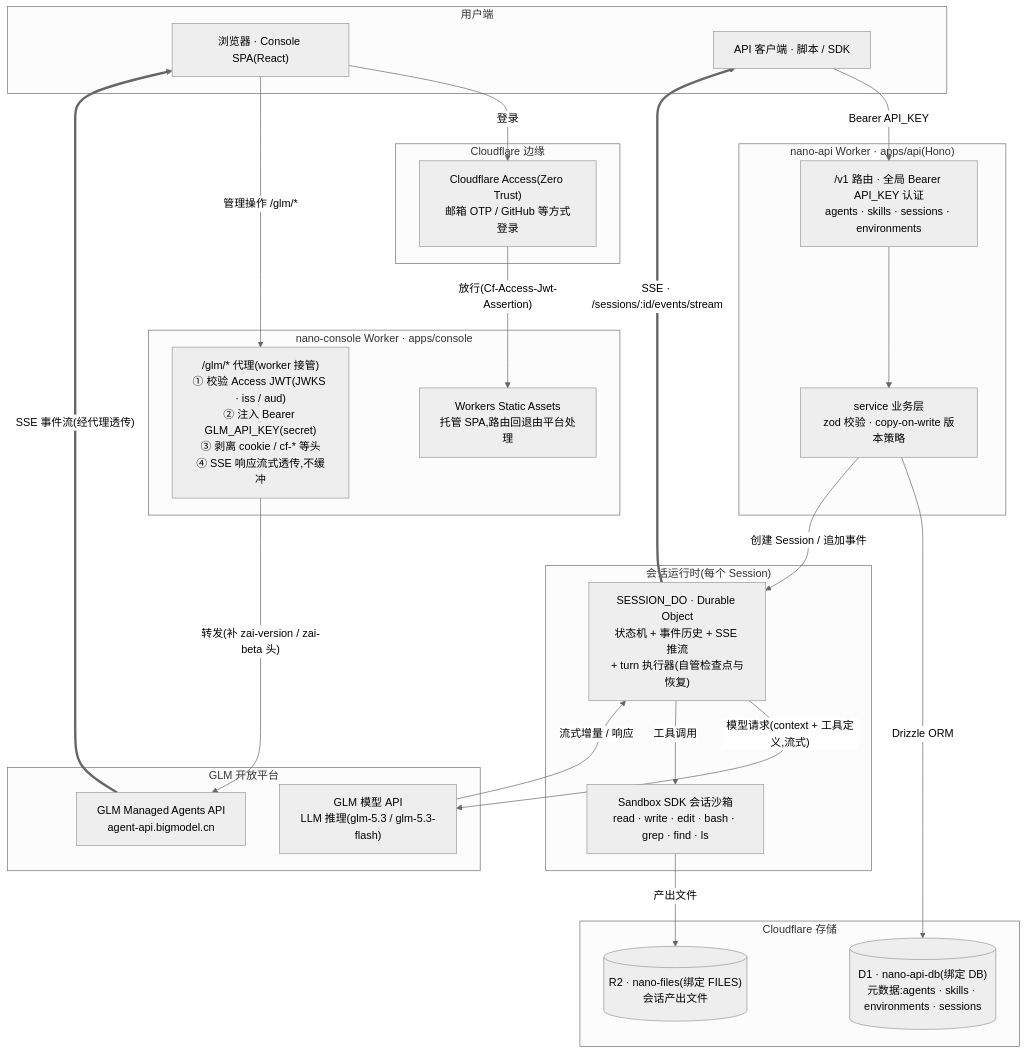
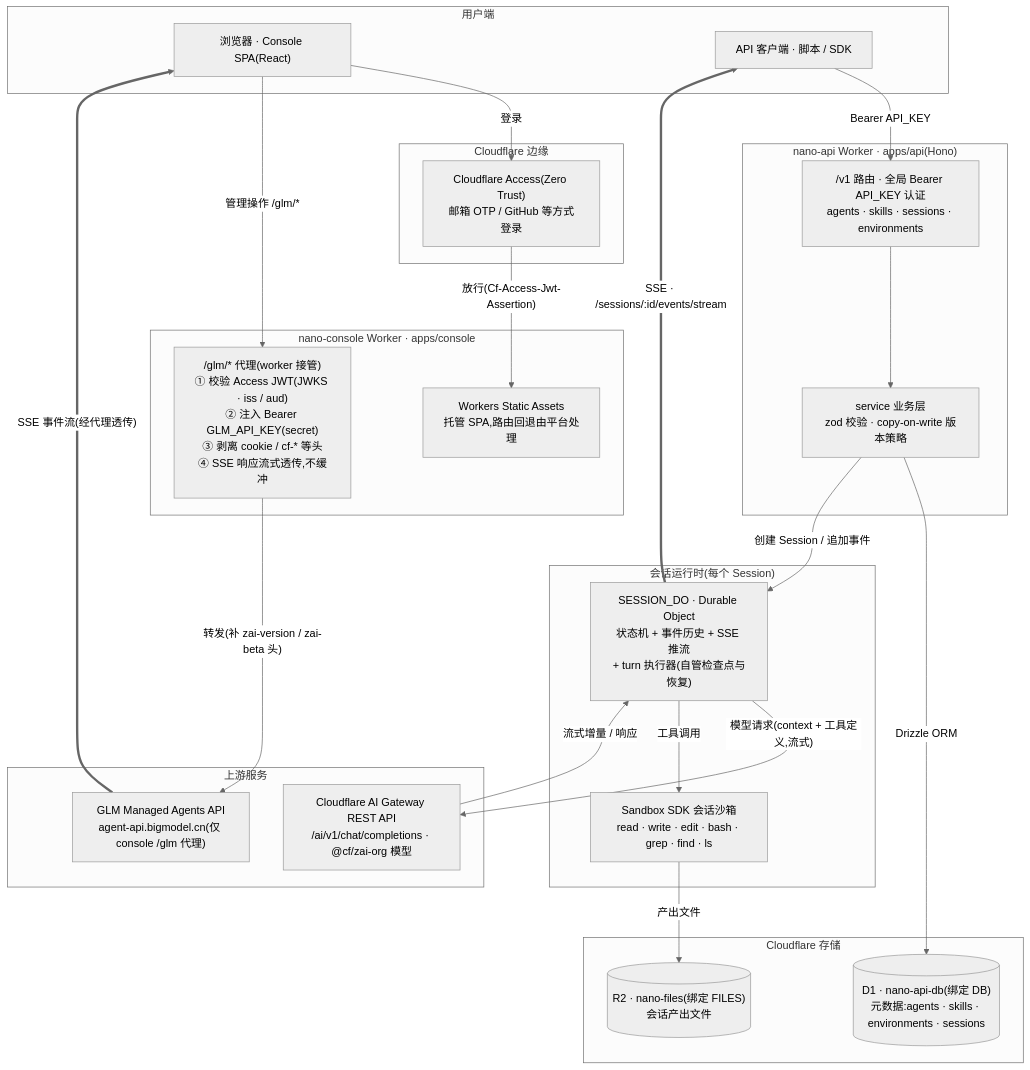
One commit to lgorthm/nano-managed-agent changed the first of 3 diagrams in docs/architecture-diagrams.md. Above: the diagram before and after it, drawn with Mermaid (neutral theme). The commit also changed other lines of this file and 30 other files, not shown here.

Commit message:
feat(api): 模型服务迁移 Cloudflare AI Gateway,新增模型目录(/v1/models)与 console 模型选择:静态目录 glm-5.3/-flash 映射 @cf/zai-org wire 名称,目录外 id 透传;凭据改 CLOUDFLARE_API_TOKEN(secret)+ACCOUNT_ID/GATEWAY_ID(deploy.sh 回填),动态目录合并 Workers AI Models API(失败静默降级);deploy.sh / README / docs 同步

````diff
--- a/docs/architecture-diagrams.md
+++ b/docs/architecture-diagrams.md
@@ -15,52 +15,52 @@
 ```mermaid
 flowchart TB
     subgraph USER["用户端"]
         BROWSER["浏览器 · Console SPA(React)"]
         CLIENT["API 客户端 · 脚本 / SDK"]
     end
 
     subgraph EDGE["Cloudflare 边缘"]
         ACCESS["Cloudflare Access(Zero Trust)<br/>邮箱 OTP / GitHub 等方式登录"]
     end
 
     subgraph CONSOLE["nano-console Worker · apps/console"]
         SPA["Workers Static Assets<br/>托管 SPA,路由回退由平台处理"]
         PROXY["/glm/* 代理(worker 接管)<br/>① 校验 Access JWT(JWKS · iss / aud)<br/>② 注入 Bearer GLM_API_KEY(secret)<br/>③ 剥离 cookie / cf-* 等头<br/>④ SSE 响应流式透传,不缓冲"]
     end
 
     subgraph APIW["nano-api Worker · apps/api(Hono)"]
         ROUTES["/v1 路由 · 全局 Bearer API_KEY 认证<br/>agents · skills · sessions · environments"]
         SERVICE["service 业务层<br/>zod 校验 · copy-on-write 版本策略"]
     end
 
     subgraph RUNTIME["会话运行时(每个 Session)"]
         DO["SESSION_DO · Durable Object<br/>状态机 + 事件历史 + SSE 推流<br/>+ turn 执行器(自管检查点与恢复)"]
         SANDBOX["Sandbox SDK 会话沙箱<br/>read · write · edit · bash · grep · find · ls"]
     end
 
     subgraph STORE["Cloudflare 存储"]
         D1[("D1 · nano-api-db(绑定 DB)<br/>元数据:agents · skills · environments · sessions")]
         R2[("R2 · nano-files(绑定 FILES)<br/>会话产出文件")]
     end
 
-    subgraph EXT["GLM 开放平台"]
-        GLM_API["GLM Managed Agents API<br/>agent-api.bigmodel.cn"]
-        GLM_LLM["GLM 模型 API<br/>LLM 推理(glm-5.3 / glm-5.3-flash)"]
+    subgraph EXT["上游服务"]
+        GLM_API["GLM Managed Agents API<br/>agent-api.bigmodel.cn(仅 console /glm 代理)"]
+        GLM_LLM["Cloudflare AI Gateway REST API<br/>/ai/v1/chat/completions · @cf/zai-org 模型"]
     end
 
     BROWSER -->|"登录"| ACCESS
     ACCESS -->|"放行(Cf-Access-Jwt-Assertion)"| SPA
     BROWSER -->|"管理操作 /glm/*"| PROXY
     PROXY -->|"转发(补 zai-version / zai-beta 头)"| GLM_API
     GLM_API ==>|"SSE 事件流(经代理透传)"| BROWSER
 
     CLIENT -->|"Bearer API_KEY"| ROUTES
     ROUTES --> SERVICE
     SERVICE -->|"Drizzle ORM"| D1
     SERVICE -->|"创建 Session / 追加事件"| DO
     DO -->|"模型请求(context + 工具定义,流式)"| GLM_LLM
     GLM_LLM -->|"流式增量 / 响应"| DO
     DO -->|"工具调用"| SANDBOX
     SANDBOX -->|"产出文件"| R2
     DO ==>|"SSE · /sessions/:id/events/stream"| CLIENT
 ```
````
